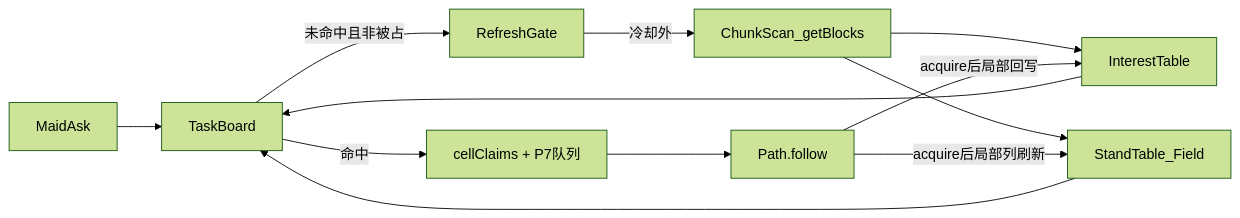
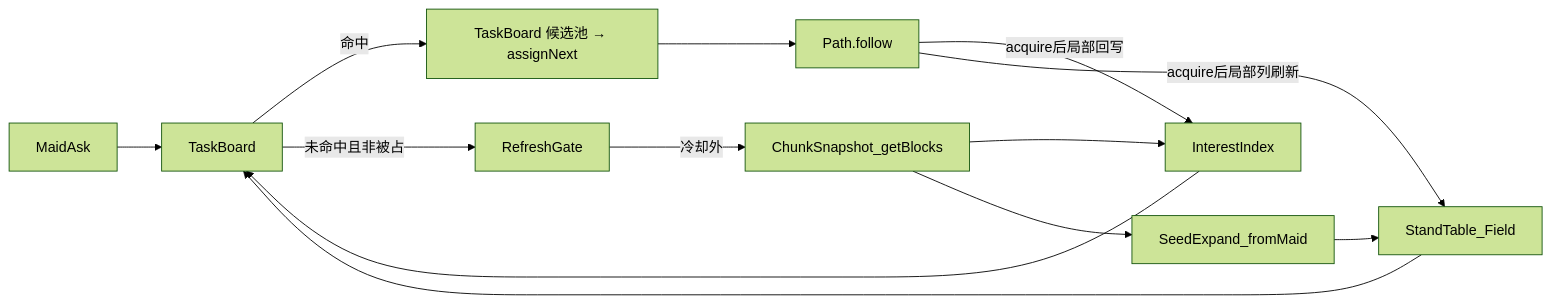
One commit to ENIACJushi/TouHouLittleMaidBE changed the diagram in .docs/需求文档/202602 调度优化/Task7 优化寻路方案/Phase3.75-阶段测试问题修复/P8-任务调度大改/开发草稿-P8-任务调度大改.md. Above: the diagram before and after it, drawn with Mermaid (forest theme). The commit also changed other lines of this file and 1 other file, not shown here.

First line of the commit message:
docs(Task7): P8 扫描两段与 B1/B2 结论落地草稿

````diff
--- a/.docs/需求文档/202602 调度优化/Task7 优化寻路方案/Phase3.75-阶段测试问题修复/P8-任务调度大改/开发草稿-P8-任务调度大改.md
+++ b/.docs/需求文档/202602 调度优化/Task7 优化寻路方案/Phase3.75-阶段测试问题修复/P8-任务调度大改/开发草稿-P8-任务调度大改.md
@@ -60,14 +60,15 @@
 ```mermaid
 flowchart LR
   maidAsk[MaidAsk] --> taskBoard[TaskBoard]
-  taskBoard -->|"命中"| claimQueue["cellClaims + P7队列"]
+  taskBoard -->|"命中"| claimQueue["TaskBoard 候选池 → assignNext"]
   taskBoard -->|"未命中且非被占"| refreshGate[RefreshGate]
-  refreshGate -->|"冷却外"| chunkScan[ChunkScan_getBlocks]
-  chunkScan --> standTable[StandTable_Field]
-  chunkScan --> interestTable[InterestTable]
+  refreshGate -->|"冷却外"| chunkSnap[ChunkSnapshot_getBlocks]
+  chunkSnap --> interestTable[InterestIndex]
+  chunkSnap --> seedExpand[SeedExpand_fromMaid]
+  seedExpand --> standTable[StandTable_Field]
   interestTable --> taskBoard
   standTable --> taskBoard
   claimQueue --> pathFollow[Path.follow]
   pathFollow -->|"acquire后局部回写"| interestTable
   pathFollow -->|"acquire后局部列刷新"| standTable
 ```
````
